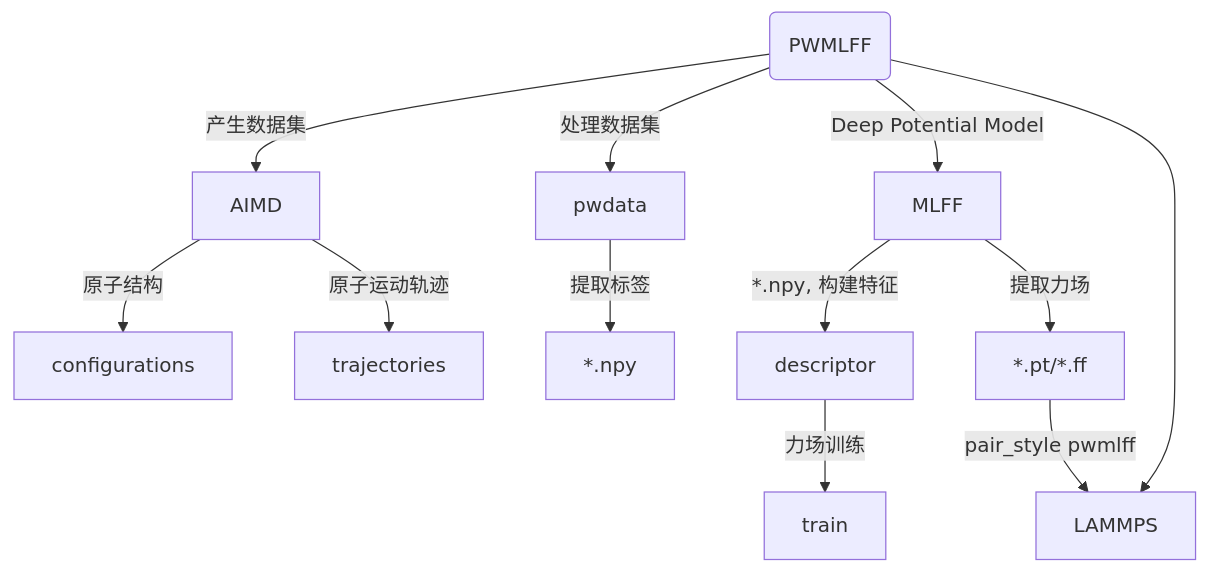
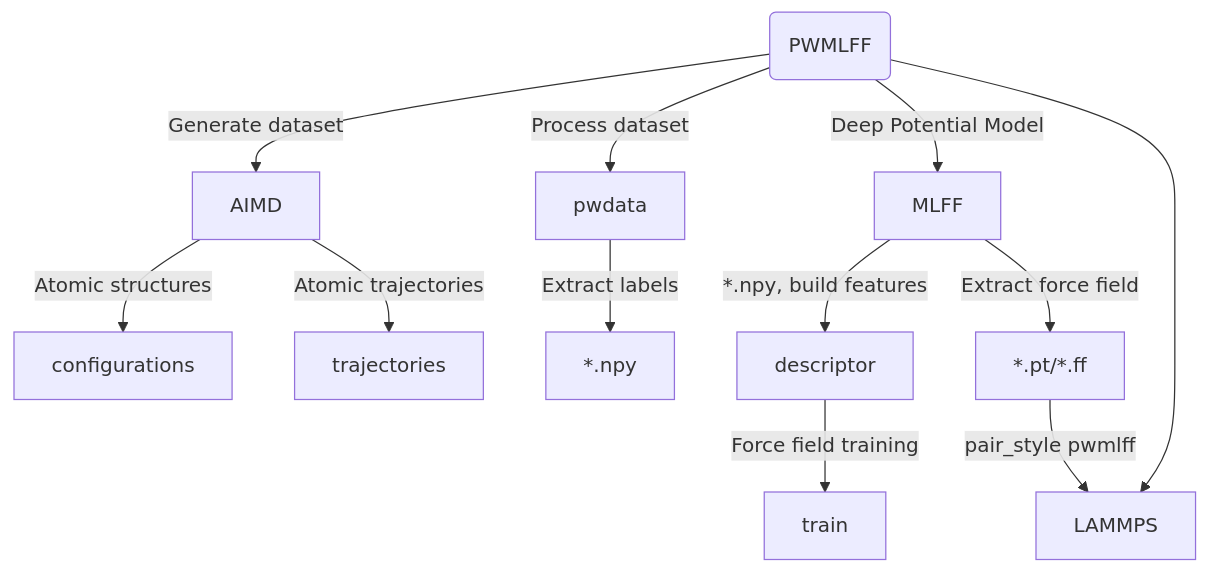
One commit to LonxunQuantum/PWmat-docs changed the diagram in i18n/en/docusaurus-plugin-content-docs/current/PWMLFF/models/dp/examples/Cu.md. Above: the diagram before and after it, drawn with Mermaid. The commit also changed other lines of this file and 39 other files, not shown here.

````diff
--- a/i18n/en/docusaurus-plugin-content-docs/current/PWMLFF/models/dp/examples/Cu.md
+++ b/i18n/en/docusaurus-plugin-content-docs/current/PWMLFF/models/dp/examples/Cu.md
@@ -11,14 +12,14 @@
 ```mermaid
 graph TD;
-    A(PWMLFF)-->|产生数据集|AIMD;
-    A(PWMLFF)-->|处理数据集|pwdata;
+    A(PWMLFF)-->|Generate dataset|AIMD;
+    A(PWMLFF)-->|Process dataset|pwdata;
     A(PWMLFF)-->|Deep Potential Model|MLFF;
     A(PWMLFF)-->LAMMPS;
-    AIMD-->|原子结构|configurations;
-    AIMD-->|原子运动轨迹|trajectories;
-    pwdata-->|提取标签|*.npy;
-    MLFF-->|*.npy, 构建特征|descriptor;
-    descriptor-->|力场训练|train;
-    MLFF-->|提取力场|*.pt/*.ff;
+    AIMD-->|Atomic structures|configurations;
+    AIMD-->|Atomic trajectories|trajectories;
+    pwdata-->|Extract labels|*.npy;
+    MLFF-->|*.npy, build features|descriptor;
+    descriptor-->|Force field training|train;
+    MLFF-->|Extract force field|*.pt/*.ff;
     *.pt/*.ff-->|pair_style pwmlff|LAMMPS;
 ```
````
